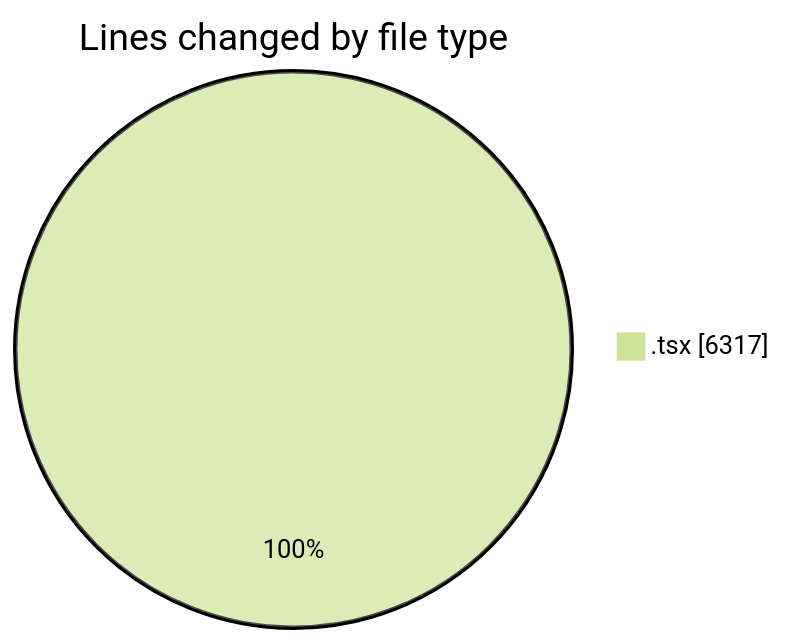
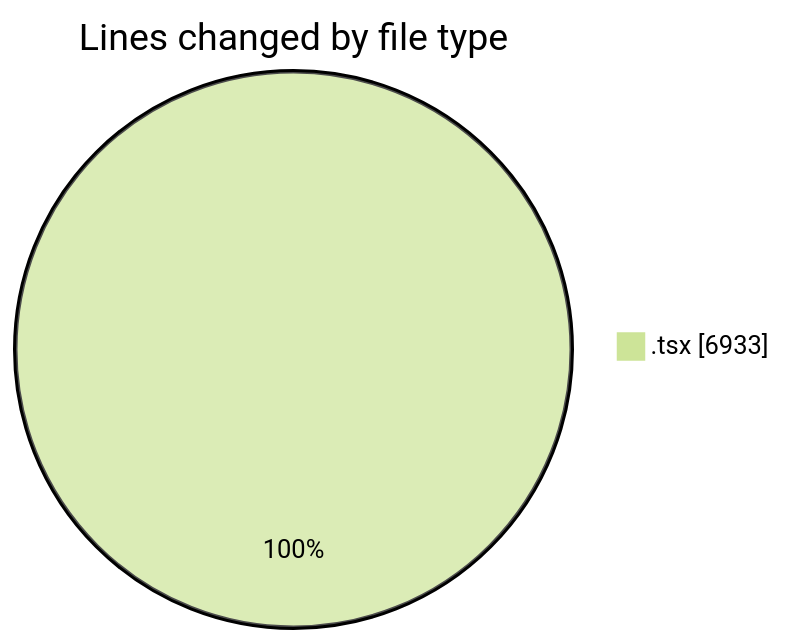
One commit to nxtqubesakshisongat/code-tracking changed the first of 2 diagrams in 2026-08-24/nxtqube_webapp/README.md. Above: the diagram before and after it, drawn with Mermaid (forest theme). The commit also changed other lines of this file and 1 other file, not shown here.

````diff
--- a/2026-08-24/nxtqube_webapp/README.md
+++ b/2026-08-24/nxtqube_webapp/README.md
@@ -33,5 +33,5 @@
 ```mermaid
 pie showData
 title Lines changed by file type
-".tsx" : 6317
+".tsx" : 6933
 ```
````
